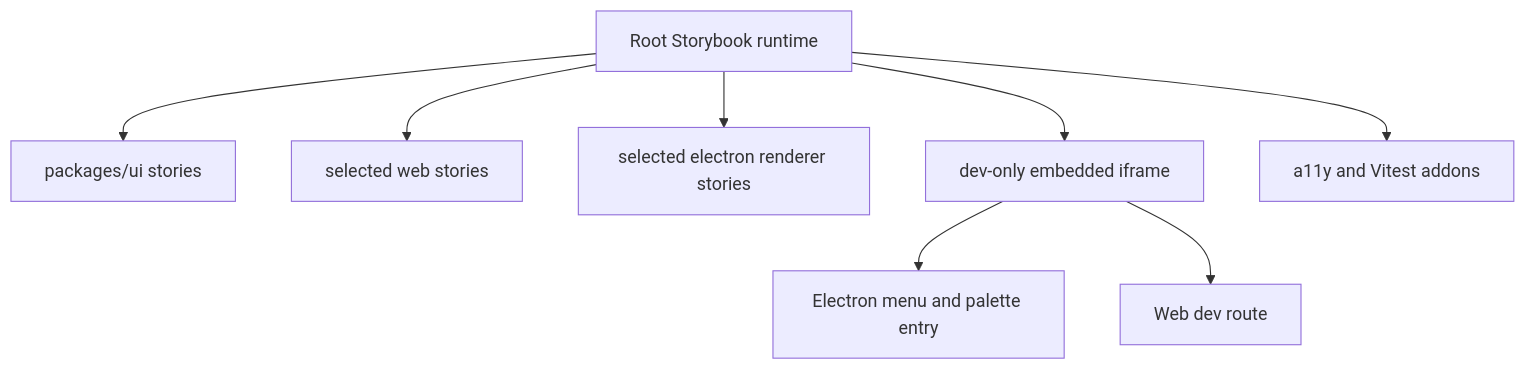
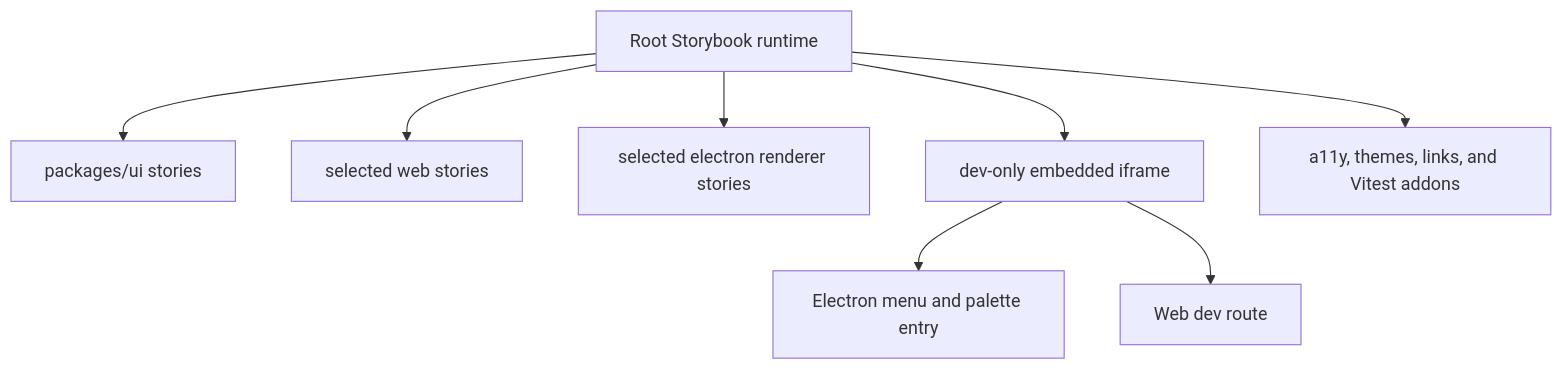
One commit to crs48/xNet changed the first of 4 diagrams in docs/explorations/0107_[_]_STORYBOOK_PERFORMANCE_PANEL_AND_ELECTRON_IDE_WORKSHOP.md. Above: the diagram before and after it, drawn with Mermaid. The commit also changed other lines of this file and 4 other files, not shown here.

````diff
--- a/docs/explorations/0107_[_]_STORYBOOK_PERFORMANCE_PANEL_AND_ELECTRON_IDE_WORKSHOP.md
+++ b/docs/explorations/0107_[_]_STORYBOOK_PERFORMANCE_PANEL_AND_ELECTRON_IDE_WORKSHOP.md
@@ -27,10 +28,10 @@
 ```mermaid
 flowchart TD
   A["Root Storybook runtime"] --> B["packages/ui stories"]
   A --> C["selected web stories"]
   A --> D["selected electron renderer stories"]
   A --> E["dev-only embedded iframe"]
   E --> F["Electron menu and palette entry"]
   E --> G["Web dev route"]
-  A --> H["a11y and Vitest addons"]
+  A --> H["a11y, themes, links, and Vitest addons"]
 ```
````
